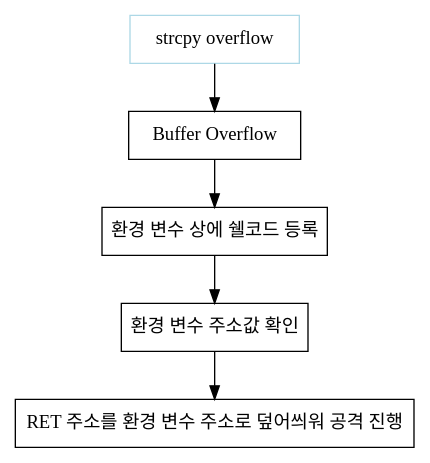
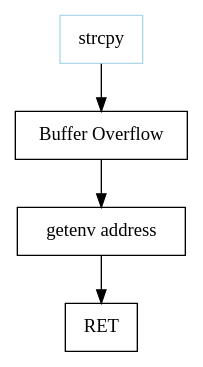
The diagram in docs/wargame/pwnable/lob1.rst (joizel/ctf_writeup), drawn with Graphviz before and after one commit. The commit also changed 3 other files, not shown here.

```diff
--- a/docs/wargame/pwnable/lob1.rst
+++ b/docs/wargame/pwnable/lob1.rst
@@ -6,11 +6,11 @@
 .. graphviz::
 
     digraph foo {
-        a -> b -> c -> d -> e;
+        a -> b -> c -> d;
 
-        a [shape=box, color=lightblue, label="strcpy overflow"];
+        a [shape=box, color=lightblue, label="strcpy"];
+        b [shape=box, label="argv[1]"];
         b [shape=box, label="Buffer Overflow"];
-        c [shape=box, label="환경 변수 상에 쉘코드 등록"];
-        d [shape=box, label="환경 변수 주소값 확인"];
-        e [shape=box, label="RET 주소를 환경 변수 주소로 덮어씌워 공격 진행"];
+        c [shape=box, label="getenv address"];
+        d [shape=box, label="RET"];
     }
```
